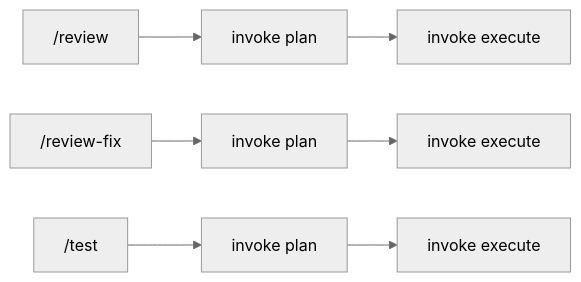
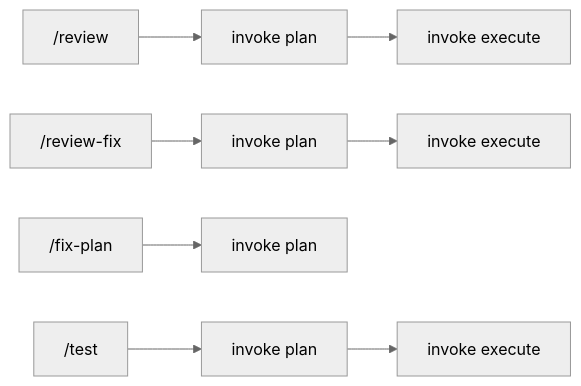
The second of 2 diagrams in docs/Architecture.md (mtshomskyieee/tiny-local-coder), drawn with Mermaid (neutral theme) before and after one commit. The commit also changed other lines of this file and 10 other files, not shown here.

````diff
--- a/docs/Architecture.md
+++ b/docs/Architecture.md
@@ -53,9 +53,10 @@
 ```mermaid
 flowchart LR
   review["/review"] --> planR["invoke plan"]
   planR --> execR["invoke execute"]
   reviewFix["/review-fix"] --> planF["invoke plan"]
   planF --> execF["invoke execute"]
+  fixPlan["/fix-plan"] --> planX["invoke plan"]
   testCmd["/test"] --> planT["invoke plan"]
   planT --> execT["invoke execute"]
 ```
````
